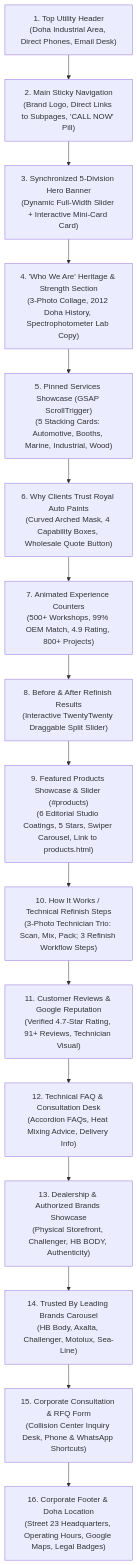
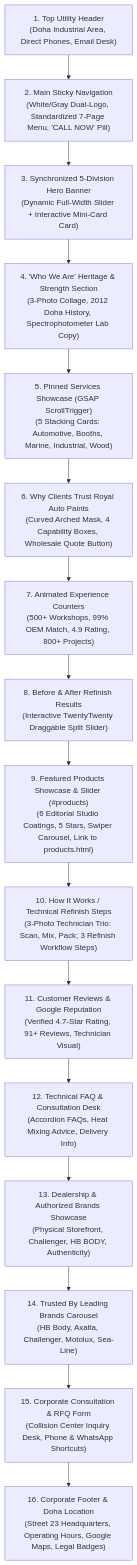
One commit to manu-gitxen/royalautopaintsre changed the second of 2 diagrams in docs/blueprint.md. Above: the diagram before and after it, drawn with Mermaid. The commit also changed other lines of this file, not shown here.

````diff
--- a/docs/blueprint.md
+++ b/docs/blueprint.md
@@ -159,21 +184,37 @@
 ```mermaid
 flowchart TD
-    S1["1. Top Utility Header\n(Doha Industrial Area, Direct Phones, Email Desk)"]
-    S2["2. Main Sticky Navigation\n(Brand Logo, Direct Links to Subpages, 'CALL NOW' Pill)"]
-    S3["3. Synchronized 5-Division Hero Banner\n(Dynamic Full-Width Slider + Interactive Mini-Card Card)"]
-    S4["4. 'Who We Are' Heritage & Strength Section\n(3-Photo Collage, 2012 Doha History, Spectrophotometer Lab Copy)"]
-    S5["5. Pinned Services Showcase (GSAP ScrollTrigger)\n(5 Stacking Cards: Automotive, Booths, Marine, Industrial, Wood)"]
-    S6["6. Why Clients Trust Royal Auto Paints\n(Curved Arched Mask, 4 Capability Boxes, Wholesale Quote Button)"]
-    S7["7. Animated Experience Counters\n(500+ Workshops, 99% OEM Match, 4.9 Rating, 800+ Projects)"]
-    S8["8. Before & After Refinish Results\n(Interactive TwentyTwenty Draggable Split Slider)"]
-    S9["9. Featured Products Showcase & Slider (#products)\n(6 Editorial Studio Coatings, 5 Stars, Swiper Carousel, Link to products.html)"]
-    S10["10. How It Works / Technical Refinish Steps\n(3-Photo Technician Trio: Scan, Mix, Pack; 3 Refinish Workflow Steps)"]
-    S11["11. Customer Reviews & Google Reputation\n(Verified 4.7-Star Rating, 91+ Reviews, Technician Visual)"]
-    S12["12. Technical FAQ & Consultation Desk\n(Accordion FAQs, Heat Mixing Advice, Delivery Info)"]
-    S13["13. Dealership & Authorized Brands Showcase\n(Physical Storefront, Challenger, HB BODY, Authenticity)"]
-    S14["14. Trusted By Leading Brands Carousel\n(HB Body, Axalta, Challenger, Motolux, Sea-Line)"]
-    S15["15. Corporate Consultation & RFQ Form\n(Collision Center Inquiry Desk, Phone & WhatsApp Shortcuts)"]
-    S16["16. Corporate Footer & Doha Location\n(Street 23 Headquarters, Operating Hours, Google Maps, Legal Badges)"]
+    S1["1. Top Utility Header
+(Doha Industrial Area, Direct Phones, Email Desk)"]
+    S2["2. Main Sticky Navigation
+(White/Gray Dual-Logo, Standardized 7-Page Menu, 'CALL NOW' Pill)"]
+    S3["3. Synchronized 5-Division Hero Banner
+(Dynamic Full-Width Slider + Interactive Mini-Card Card)"]
+    S4["4. 'Who We Are' Heritage & Strength Section
+(3-Photo Collage, 2012 Doha History, Spectrophotometer Lab Copy)"]
+    S5["5. Pinned Services Showcase (GSAP ScrollTrigger)
+(5 Stacking Cards: Automotive, Booths, Marine, Industrial, Wood)"]
+    S6["6. Why Clients Trust Royal Auto Paints
+(Curved Arched Mask, 4 Capability Boxes, Wholesale Quote Button)"]
+    S7["7. Animated Experience Counters
+(500+ Workshops, 99% OEM Match, 4.9 Rating, 800+ Projects)"]
+    S8["8. Before & After Refinish Results
+(Interactive TwentyTwenty Draggable Split Slider)"]
+    S9["9. Featured Products Showcase & Slider (#products)
+(6 Editorial Studio Coatings, 5 Stars, Swiper Carousel, Link to products.html)"]
+    S10["10. How It Works / Technical Refinish Steps
+(3-Photo Technician Trio: Scan, Mix, Pack; 3 Refinish Workflow Steps)"]
+    S11["11. Customer Reviews & Google Reputation
+(Verified 4.7-Star Rating, 91+ Reviews, Technician Visual)"]
+    S12["12. Technical FAQ & Consultation Desk
+(Accordion FAQs, Heat Mixing Advice, Delivery Info)"]
+    S13["13. Dealership & Authorized Brands Showcase
+(Physical Storefront, Challenger, HB BODY, Authenticity)"]
+    S14["14. Trusted By Leading Brands Carousel
+(HB Body, Axalta, Challenger, Motolux, Sea-Line)"]
+    S15["15. Corporate Consultation & RFQ Form
+(Collision Center Inquiry Desk, Phone & WhatsApp Shortcuts)"]
+    S16["16. Corporate Footer & Doha Location
+(Street 23 Headquarters, Operating Hours, Google Maps, Legal Badges)"]
 
     S1 --> S2 --> S3 --> S4 --> S5 --> S6 --> S7 --> S8 --> S9 --> S10 --> S11 --> S12 --> S13 --> S14 --> S15 --> S16
 ```
````
